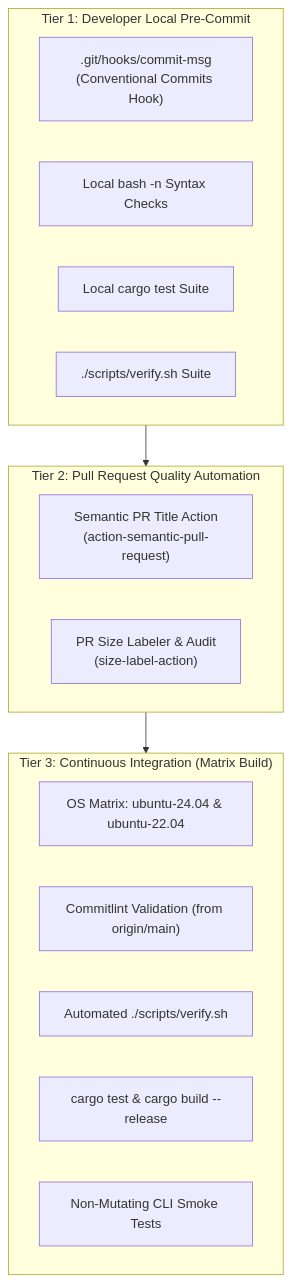
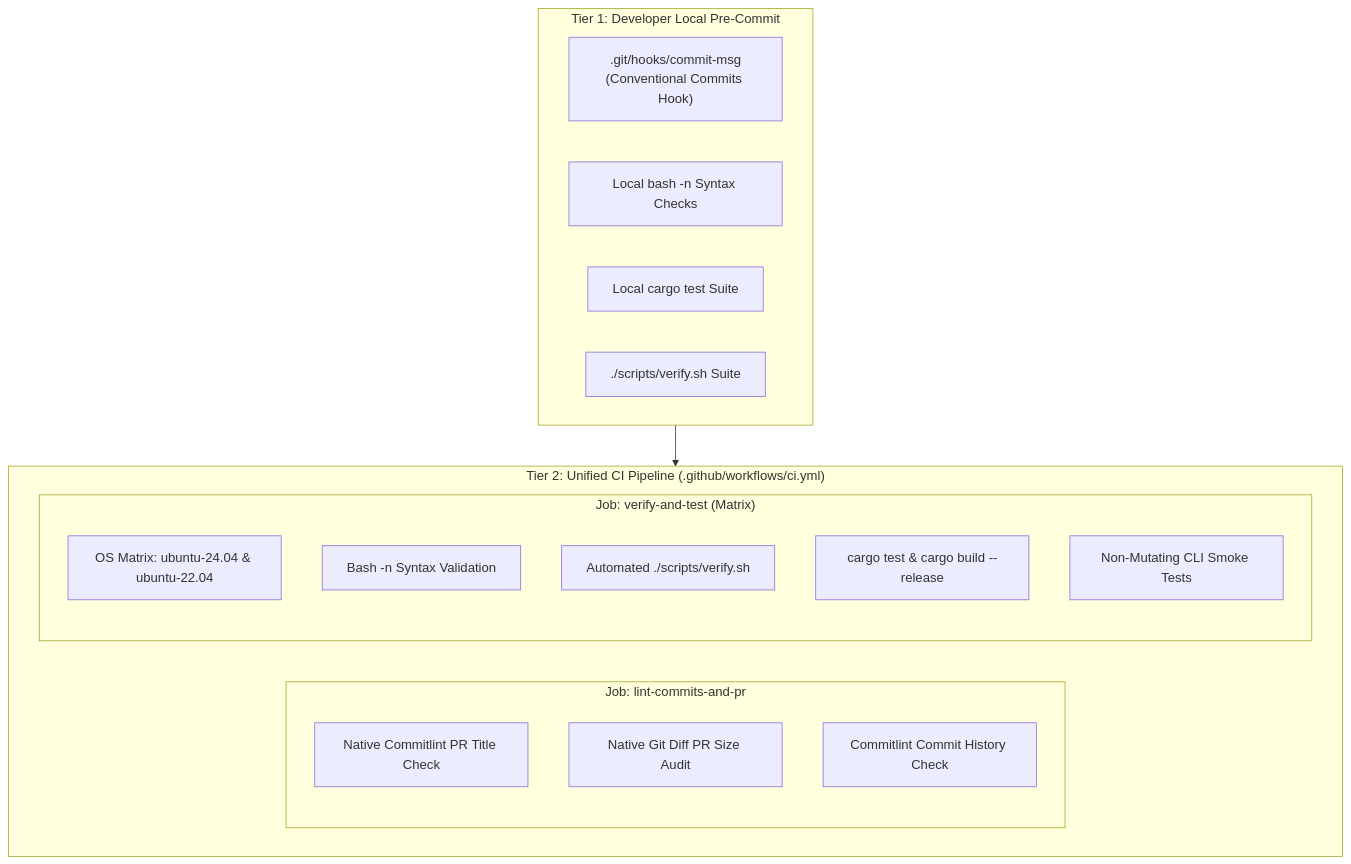
Before and after one commit to nmenag/dotfiles: the first of 2 diagrams in docs/ci-cd-and-quality.md, drawn with Mermaid. The commit also changed other lines of this file and 12 other files, not shown here.

````diff
--- a/docs/ci-cd-and-quality.md
+++ b/docs/ci-cd-and-quality.md
@@ -11,25 +11,26 @@
 ```mermaid
 graph TD
     subgraph Tier1["Tier 1: Developer Local Pre-Commit"]
         Hook[".git/hooks/commit-msg<br/>(Conventional Commits Hook)"]
         BashN["Local bash -n Syntax Checks"]
         CargoTest["Local cargo test Suite"]
         VerifyLocal["./scripts/verify.sh Suite"]
     end
 
-    subgraph Tier2["Tier 2: Pull Request Quality Automation"]
-        PRTitle["Semantic PR Title Action<br/>(action-semantic-pull-request)"]
-        PRSize["PR Size Labeler & Audit<br/>(size-label-action)"]
-    end
-
-    subgraph Tier3["Tier 3: Continuous Integration (Matrix Build)"]
-        Matrix["OS Matrix: ubuntu-24.04 & ubuntu-22.04"]
-        CommitlintCI["Commitlint Validation (from origin/main)"]
-        RepoVerify["Automated ./scripts/verify.sh"]
-        RustBuild["cargo test & cargo build --release"]
-        SmokeTests["Non-Mutating CLI Smoke Tests"]
+    subgraph Tier2["Tier 2: Unified CI Pipeline (.github/workflows/ci.yml)"]
+        subgraph Job1["Job: lint-commits-and-pr"]
+            PRTitle["Native Commitlint PR Title Check"]
+            PRSize["Native Git Diff PR Size Audit"]
+            CommitlintCI["Commitlint Commit History Check"]
+        end
+        subgraph Job2["Job: verify-and-test (Matrix)"]
+            Matrix["OS Matrix: ubuntu-24.04 & ubuntu-22.04"]
+            BashNCI["Bash -n Syntax Validation"]
+            RepoVerify["Automated ./scripts/verify.sh"]
+            RustBuild["cargo test & cargo build --release"]
+            SmokeTests["Non-Mutating CLI Smoke Tests"]
+        end
     end
 
     Tier1 --> Tier2
-    Tier2 --> Tier3
 ```
````
